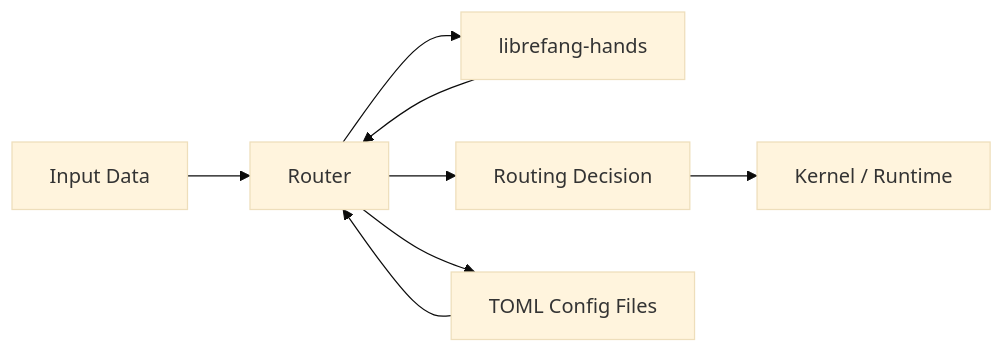
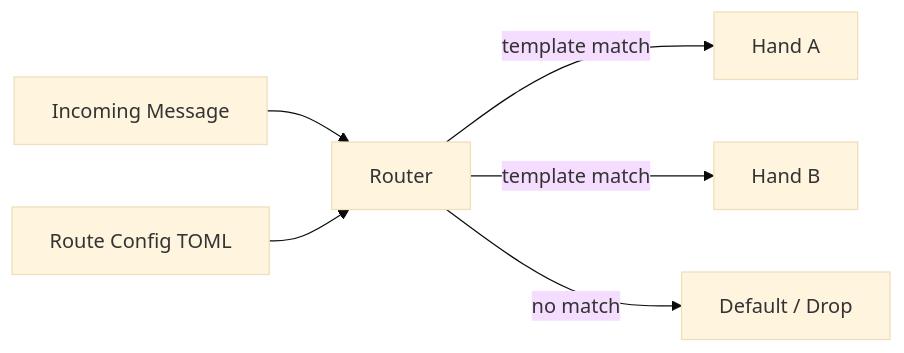
One commit to leszek3737/librefang-WIki changed the diagram in other-librefang-kernel-router.md. Above: the diagram before and after it, drawn with Mermaid (base theme). The commit also changed other lines of this file and 98 other files, not shown here.

````diff
--- a/other-librefang-kernel-router.md
+++ b/other-librefang-kernel-router.md
@@ -20,10 +15,8 @@
 ```mermaid
 graph LR
-    A[Input Data] --> B[Router]
-    B --> C[librefang-hands]
-    C --> B
-    B --> D[Routing Decision]
-    D --> E[Kernel / Runtime]
-    B --> F[TOML Config Files]
-    F --> B
+    A[Incoming Message] --> B[Router]
+    B -->|template match| C[Hand A]
+    B -->|template match| D[Hand B]
+    B -->|no match| E[Default / Drop]
+    F[Route Config TOML] --> B
 ```
````
